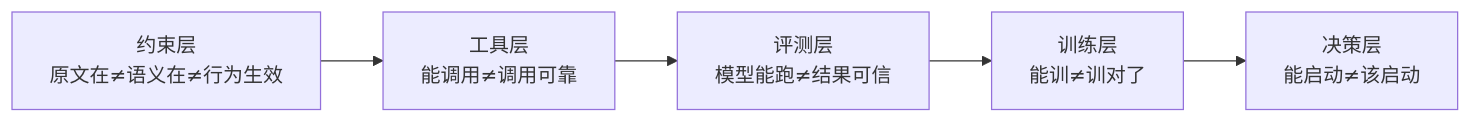
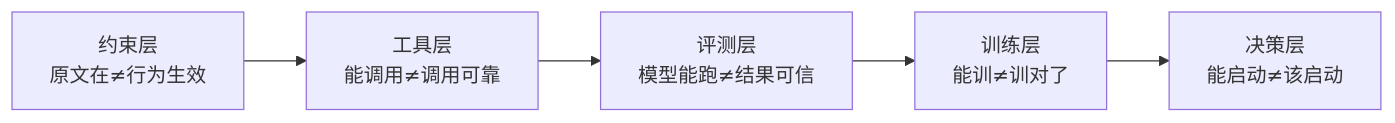
One commit to autumnieave/lite-coding-agent changed the diagram in README.md. Above: the diagram before and after it, drawn with Mermaid. The commit also changed other lines of this file and 2 other files, not shown here.

````diff
--- a/README.md
+++ b/README.md
@@ -21,7 +21,7 @@
 ```mermaid
 flowchart LR
-A[约束层<br/>原文在≠语义在≠行为生效]-->B[工具层<br/>能调用≠调用可靠]
+A[约束层<br/>原文在≠行为生效]-->B[工具层<br/>能调用≠调用可靠]
 B-->C[评测层<br/>模型能跑≠结果可信]
 C-->D[训练层<br/>能训≠训对了]
 D-->E[决策层<br/>能启动≠该启动]
 ```
````
